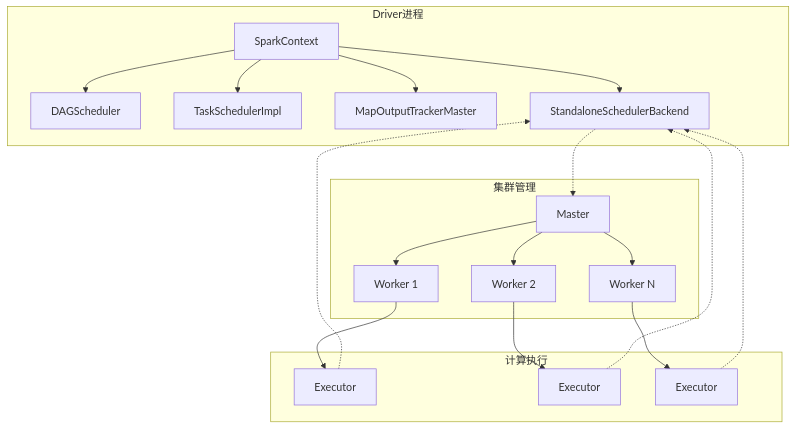
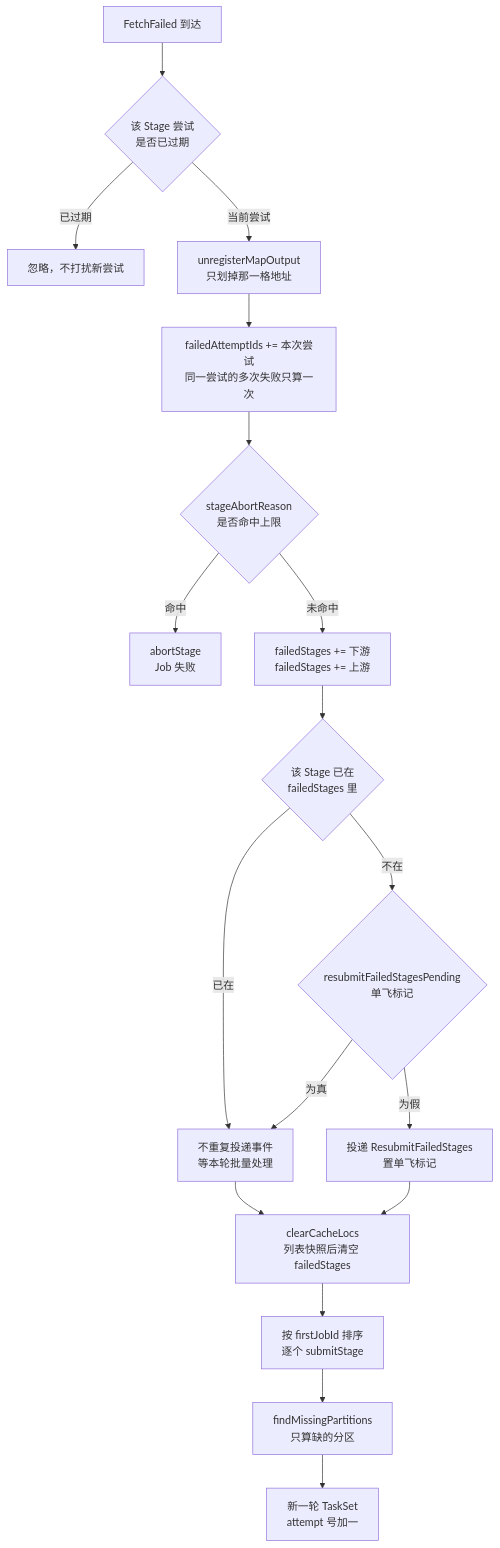
The fourth of 6 diagrams in content/大数据/Spark/读书笔记-spark内核/04_存储与容错机制/4. Spark容错机制与Runtime生命周期.md (hpliStartAgain/my-brain), drawn with Mermaid before and after one commit. The commit also changed other lines of this file and 259 other files, not shown here.

````diff
--- a/content/大数据/Spark/读书笔记-spark内核/04_存储与容错机制/4. Spark容错机制与Runtime生命周期.md
+++ b/content/大数据/Spark/读书笔记-spark内核/04_存储与容错机制/4. Spark容错机制与Runtime生命周期.md
@@ -151,26 +281,21 @@
 ```mermaid
+%%{init: {'theme': 'dracula'}}%%
 flowchart TD
-    subgraph "Driver进程"
-        A["SparkContext"] --> B["DAGScheduler"]
-        A --> C["TaskSchedulerImpl"]
-        A --> D["MapOutputTrackerMaster"]
-        A --> E["StandaloneSchedulerBackend"]
-    end
-    
-    subgraph "集群管理"
-        F["Master"] --> G["Worker 1"]
-        F --> H["Worker 2"]
-        F --> I["Worker N"]
-    end
-    
-    subgraph "计算执行"
-        G --> J["Executor"]
-        H --> K["Executor"]
-        I --> L["Executor"]
-    end
-    
-    E -.-> F
-    J -.-> E
-    K -.-> E
-    L -.-> E
+    A["FetchFailed 到达"] --> B{"该 Stage 尝试<br/>是否已过期"}
+    B -- "已过期" --> IGN["忽略，不打扰新尝试"]
+    B -- "当前尝试" --> C["unregisterMapOutput<br/>只划掉那一格地址"]
+    C --> D["failedAttemptIds += 本次尝试<br/>同一尝试的多次失败只算一次"]
+    D --> AB{"stageAbortReason<br/>是否命中上限"}
+    AB -- "命中" --> L["abortStage<br/>Job 失败"]
+    AB -- "未命中" --> E["failedStages += 下游<br/>failedStages += 上游"]
+    E --> F{"该 Stage 已在<br/>failedStages 里"}
+    F -- "已在" --> G["不重复投递事件<br/>等本轮批量处理"]
+    F -- "不在" --> H{"resubmitFailedStagesPending<br/>单飞标记"}
+    H -- "为真" --> G
+    H -- "为假" --> I["投递 ResubmitFailedStages<br/>置单飞标记"]
+    I --> J["clearCacheLocs<br/>列表快照后清空 failedStages"]
+    G --> J
+    J --> K["按 firstJobId 排序<br/>逐个 submitStage"]
+    K --> K2["findMissingPartitions<br/>只算缺的分区"]
+    K2 --> M["新一轮 TaskSet<br/>attempt 号加一"]
 ```
````
